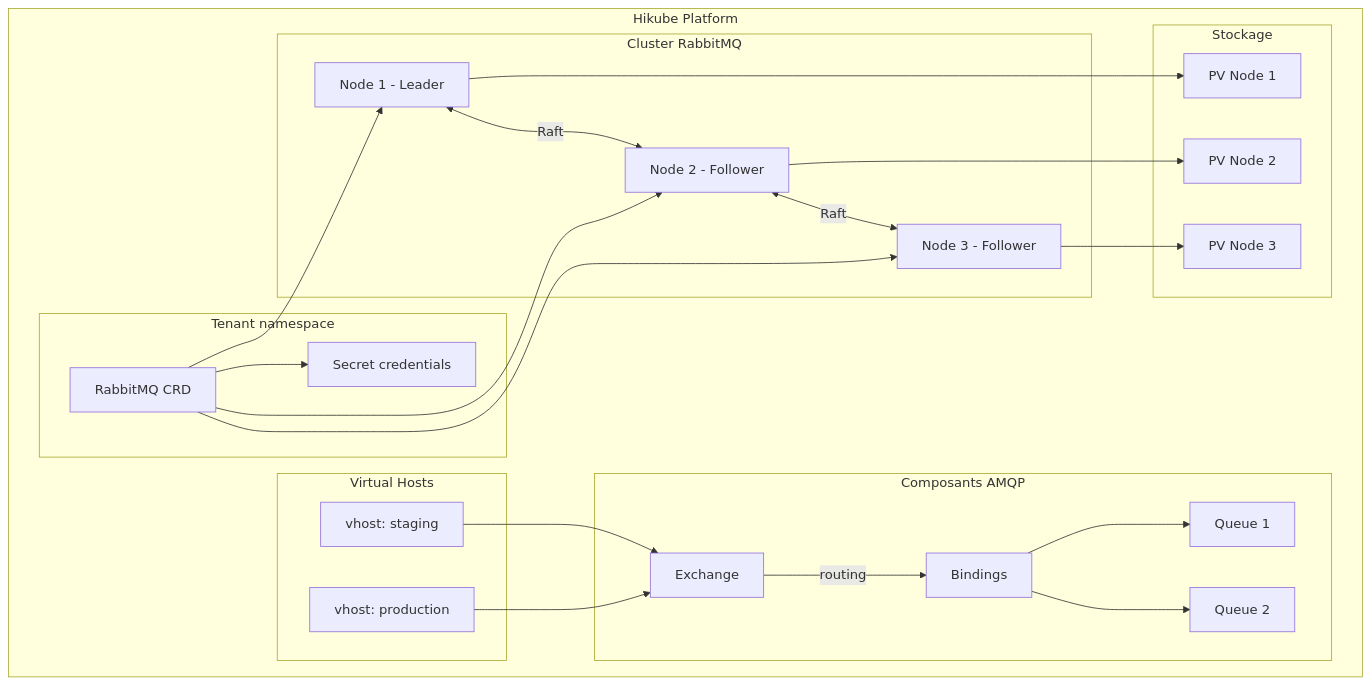
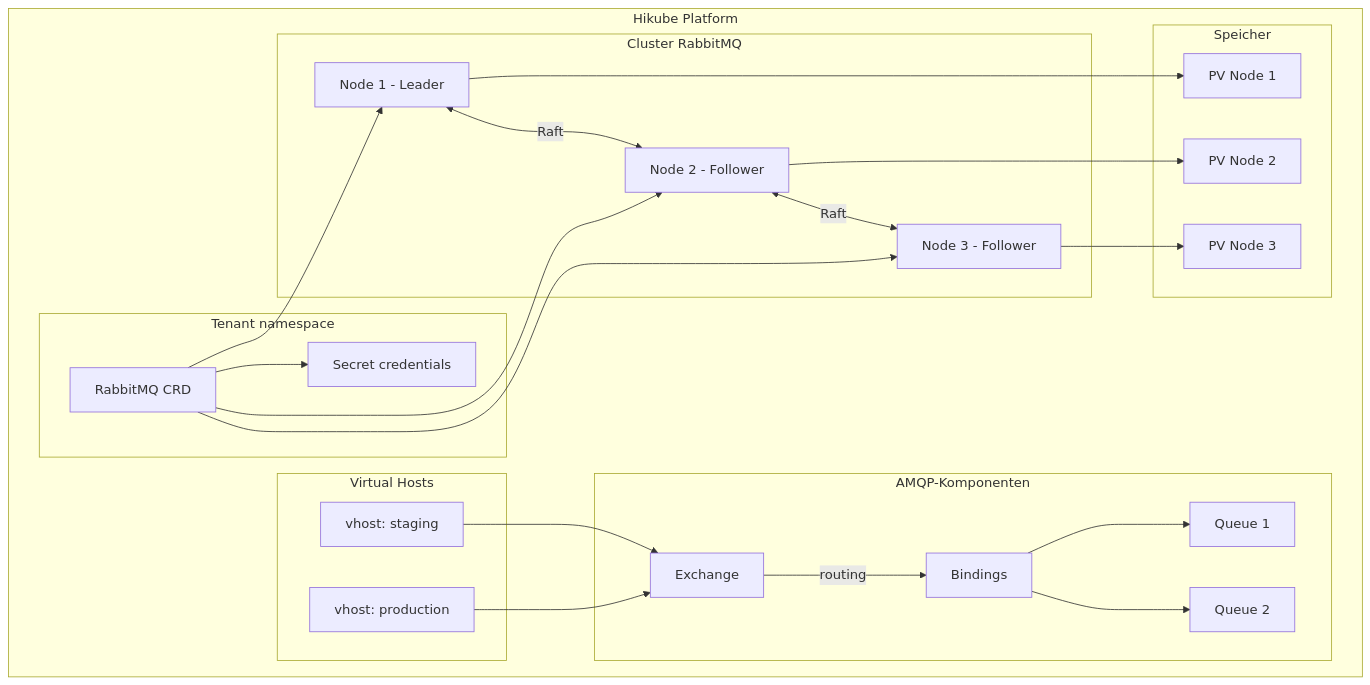
Before and after one commit to HidoraSwiss/hikube-public-doc: the first of 3 diagrams in i18n/de/docusaurus-plugin-content-docs/current/services/messaging/rabbitmq/concepts.md, drawn with Mermaid. The commit also changed other lines of this file and 121 other files, not shown here.

````diff
--- a/i18n/de/docusaurus-plugin-content-docs/current/services/messaging/rabbitmq/concepts.md
+++ b/i18n/de/docusaurus-plugin-content-docs/current/services/messaging/rabbitmq/concepts.md
@@ -12,48 +12,48 @@
 ```mermaid
 graph TB
     subgraph "Hikube Platform"
         subgraph "Tenant namespace"
             CR[RabbitMQ CRD]
             SEC[Secret credentials]
         end
 
         subgraph "Cluster RabbitMQ"
             N1[Node 1 - Leader]
             N2[Node 2 - Follower]
             N3[Node 3 - Follower]
         end
 
-        subgraph "Composants AMQP"
+        subgraph "AMQP-Komponenten"
             EX[Exchange]
             Q1[Queue 1]
             Q2[Queue 2]
             B[Bindings]
         end
 
-        subgraph "Stockage"
+        subgraph "Speicher"
             PV1[PV Node 1]
             PV2[PV Node 2]
             PV3[PV Node 3]
         end
 
         subgraph "Virtual Hosts"
             VH1[vhost: production]
             VH2[vhost: staging]
         end
     end
 
     CR --> N1
     CR --> N2
     CR --> N3
     N1 <-->|Raft| N2
     N2 <-->|Raft| N3
     N1 --> PV1
     N2 --> PV2
     N3 --> PV3
     EX -->|routing| B
     B --> Q1
     B --> Q2
     VH1 --> EX
     VH2 --> EX
     CR --> SEC
 ```
````
